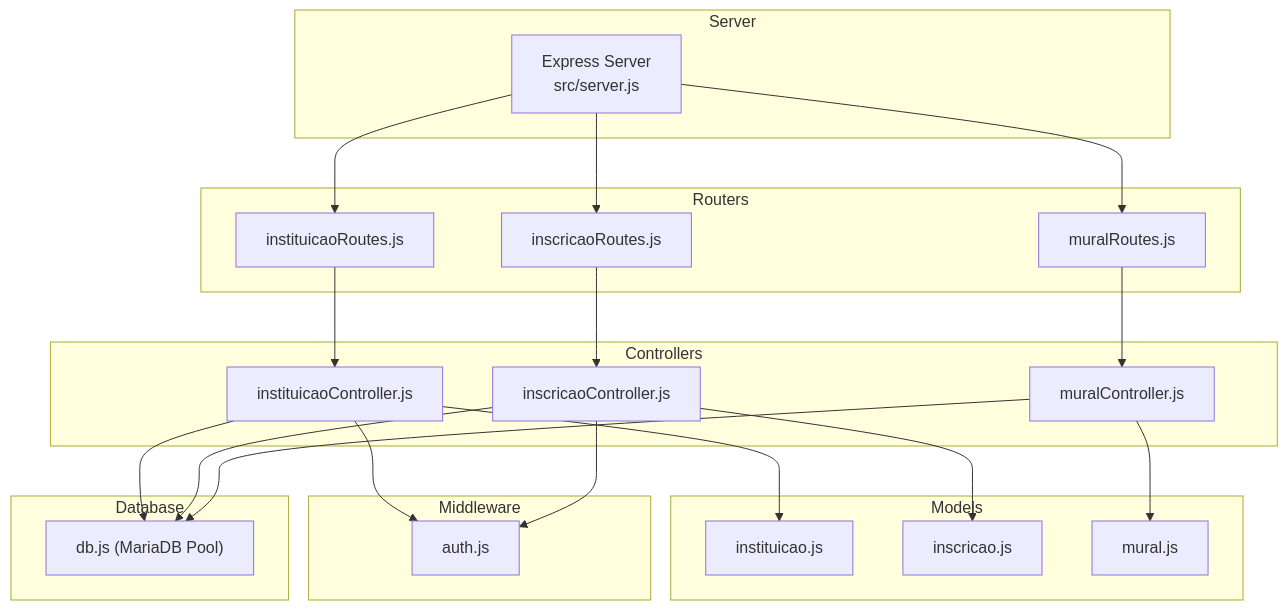
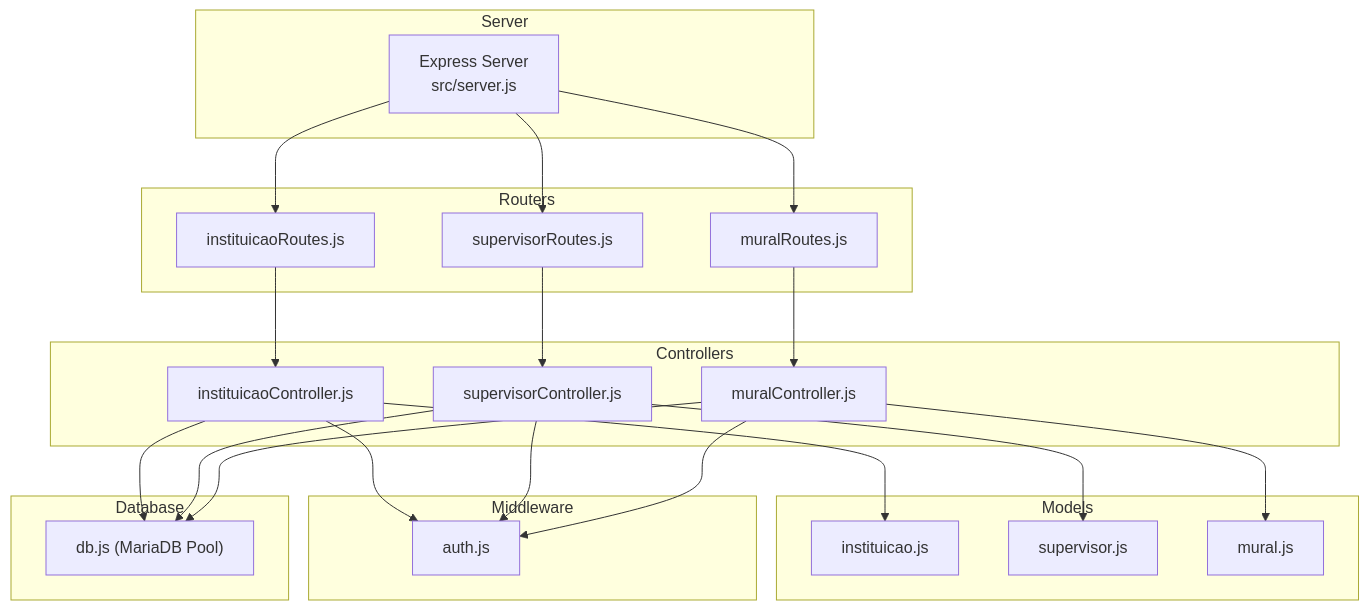
One commit to luiseduacosta/nodemural changed the first of 3 diagrams in .qoder/repowiki/en/content/API Reference/Internship Management APIs.md. Above: the diagram before and after it, drawn with Mermaid. The commit also changed other lines of this file and 27 other files, not shown here.

````diff
--- a/.qoder/repowiki/en/content/API Reference/Internship Management APIs.md
+++ b/.qoder/repowiki/en/content/API Reference/Internship Management APIs.md
@@ -41,41 +53,42 @@
 ```mermaid
 graph TB
 subgraph "Server"
 S["Express Server<br/>src/server.js"]
 end
 subgraph "Routers"
-ER["instituicaoRoutes.js"]
-IR["inscricaoRoutes.js"]
+IR["instituicaoRoutes.js"]
+SR["supervisorRoutes.js"]
 MR["muralRoutes.js"]
 end
 subgraph "Controllers"
-EC["instituicaoController.js"]
-IC["inscricaoController.js"]
+IC["instituicaoController.js"]
+SC["supervisorController.js"]
 MC["muralController.js"]
 end
 subgraph "Models"
-EM["instituicao.js"]
-IM["inscricao.js"]
+IM["instituicao.js"]
+SM["supervisor.js"]
 MM["mural.js"]
 end
 subgraph "Middleware"
 AM["auth.js"]
 end
 subgraph "Database"
 DB["db.js (MariaDB Pool)"]
 end
-S --> ER
 S --> IR
+S --> SR
 S --> MR
-ER --> EC
 IR --> IC
+SR --> SC
 MR --> MC
-EC --> EM
 IC --> IM
+SC --> SM
 MC --> MM
-EC --> AM
 IC --> AM
-EC --> DB
+SC --> AM
+MC --> AM
 IC --> DB
+SC --> DB
 MC --> DB
 ```
````
